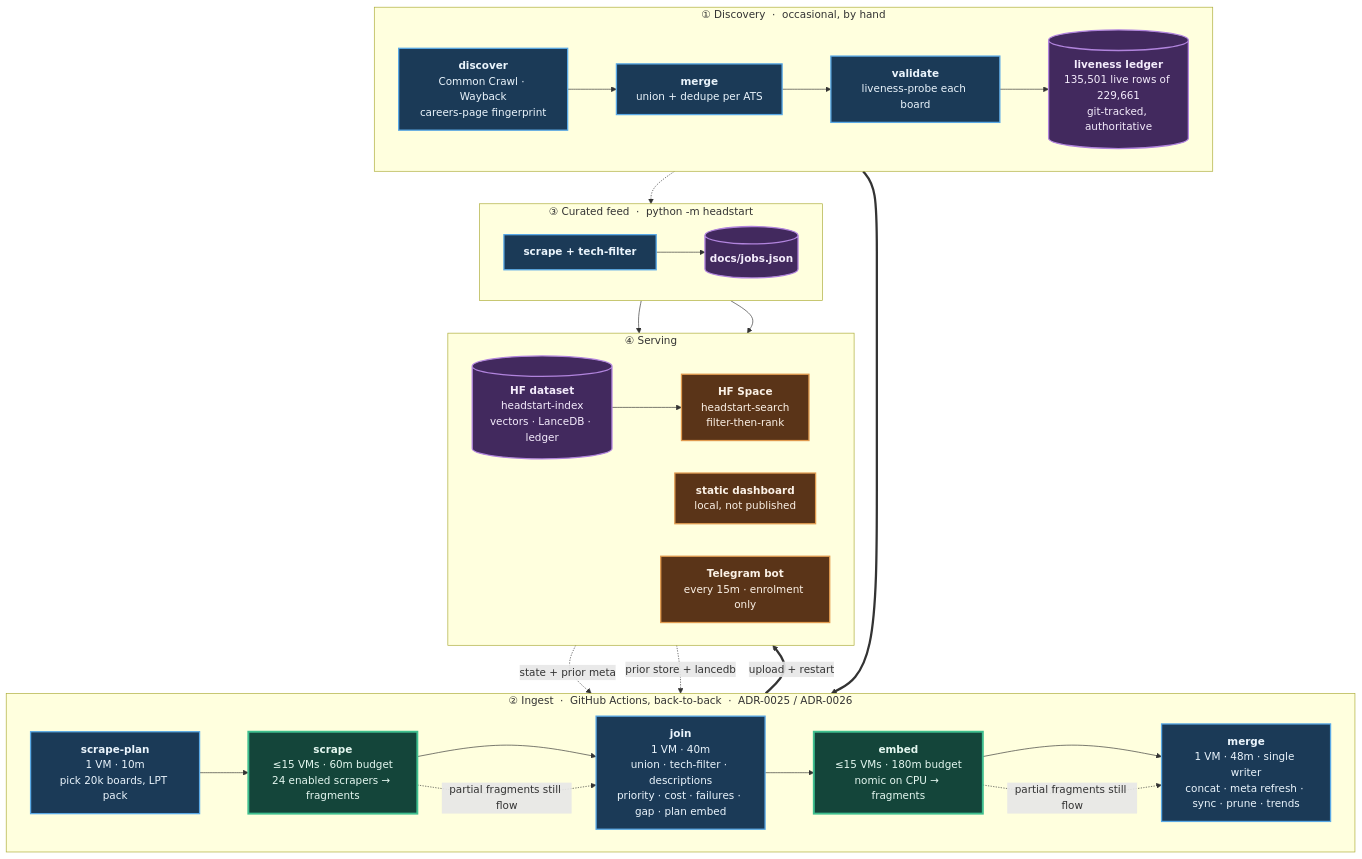
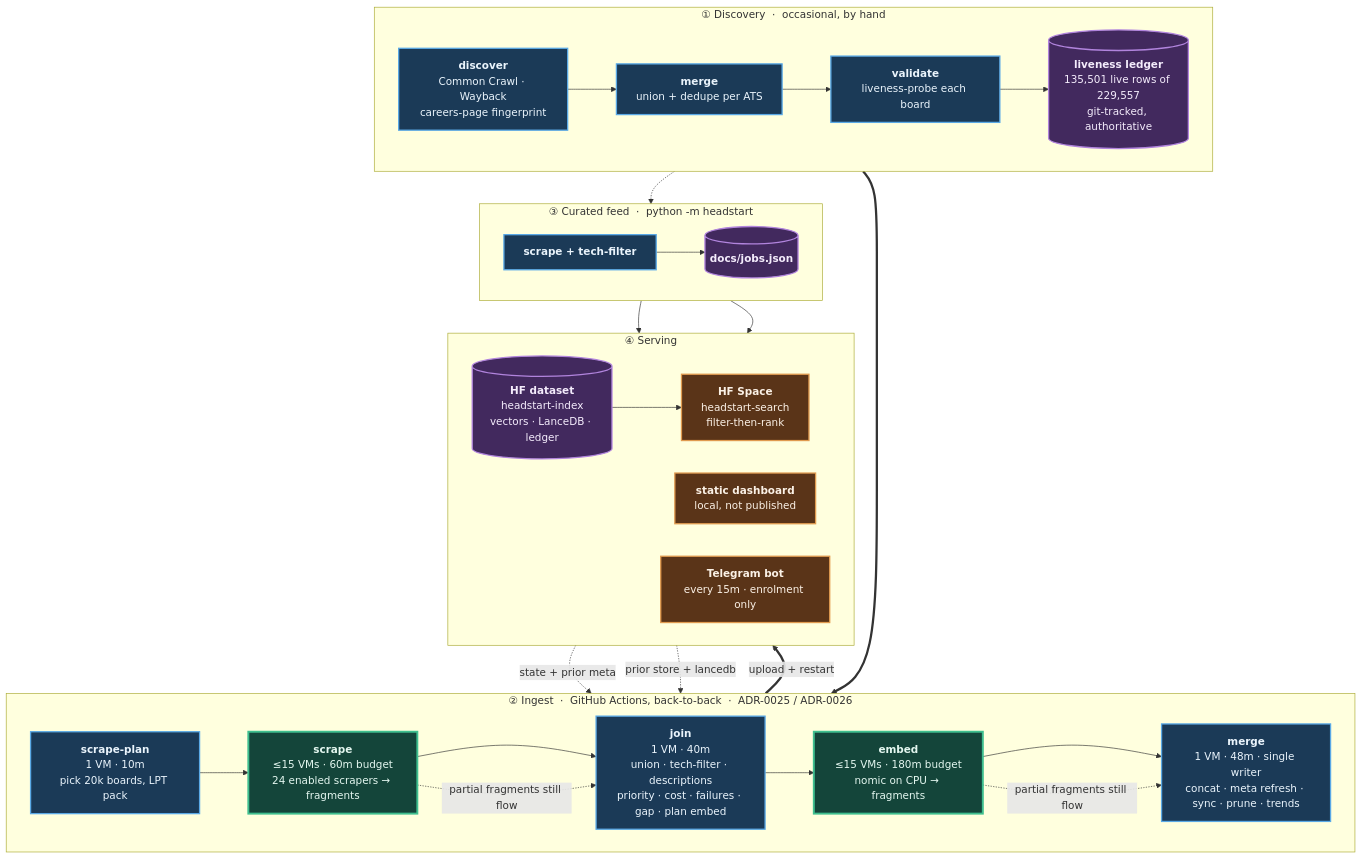
One commit to sarthakjain004/headstart changed the diagram in README.md. Above: the diagram before and after it, drawn with Mermaid. The commit also changed other lines of this file and 8 other files, not shown here.

````diff
--- a/README.md
+++ b/README.md
@@ -84,56 +84,56 @@
 ```mermaid
 flowchart TB
     subgraph D["① Discovery &nbsp;·&nbsp; occasional, by hand"]
         direction LR
         D1["<b>discover</b><br/>Common Crawl · Wayback<br/>careers-page fingerprint"]
         D2["<b>merge</b><br/>union + dedupe per ATS"]
         D3["<b>validate</b><br/>liveness-probe each board"]
-        D4[("<b>liveness ledger</b><br/>135,501 live rows of 229,661<br/>git-tracked, authoritative")]
+        D4[("<b>liveness ledger</b><br/>135,501 live rows of 229,557<br/>git-tracked, authoritative")]
         D1 --> D2 --> D3 --> D4
     end
 
     subgraph P["② Ingest &nbsp;·&nbsp; GitHub Actions, back-to-back &nbsp;·&nbsp; ADR-0025 / ADR-0026"]
         direction LR
         P1["<b>scrape-plan</b><br/>1 VM · 10m<br/>pick 20k boards, LPT pack"]
         P2["<b>scrape</b><br/>≤15 VMs · 60m budget<br/>24 enabled scrapers → fragments"]
         P3["<b>join</b><br/>1 VM · 40m<br/>union · tech-filter · descriptions<br/>priority · cost · failures · gap · plan embed"]
         P4["<b>embed</b><br/>≤15 VMs · 180m budget<br/>nomic on CPU → fragments"]
         P5["<b>merge</b><br/>1 VM · 48m · single writer<br/>concat · meta refresh · sync · prune · trends"]
         P1 --> P2 --> P3 --> P4 --> P5
     end
 
     subgraph F["③ Curated feed &nbsp;·&nbsp; python -m headstart"]
         direction LR
         F1["<b>scrape + tech-filter</b>"]
         F2[("<b>docs/jobs.json</b>")]
         F1 --> F2
     end
 
     subgraph S["④ Serving"]
         direction LR
         S1[("<b>HF dataset</b><br/>headstart-index<br/>vectors · LanceDB · ledger")]
         S2["<b>HF Space</b><br/>headstart-search<br/>filter-then-rank"]
         S3["<b>static dashboard</b><br/>local, not published"]
         S4["<b>Telegram bot</b><br/>every 15m · enrolment only"]
         S1 --> S2
     end
 
     D4 ==> P1
     S1 -. "state + prior meta" .-> P1
     S1 -. "prior store + lancedb" .-> P5
     D4 -.-> F1
     P5 ==>|"upload + restart"| S1
     F2 --> S3
     F2 --> S4
     P2 -. "partial fragments still flow" .-> P3
     P4 -. "partial fragments still flow" .-> P5
 
     classDef serial fill:#1b3a57,stroke:#5aa9e6,stroke-width:2px,color:#eaf4fc
     classDef fan fill:#14453a,stroke:#3fbf8f,stroke-width:3px,color:#e4f7f0
     classDef store fill:#42295e,stroke:#b184dd,stroke-width:2px,color:#f4ecfc
     classDef serve fill:#5a3418,stroke:#e09a4f,stroke-width:2px,color:#fbf1e6
     class D1,D2,D3,P1,P3,P5,F1 serial
     class P2,P4 fan
     class D4,F2,S1 store
     class S2,S3,S4 serve
 ```
````
